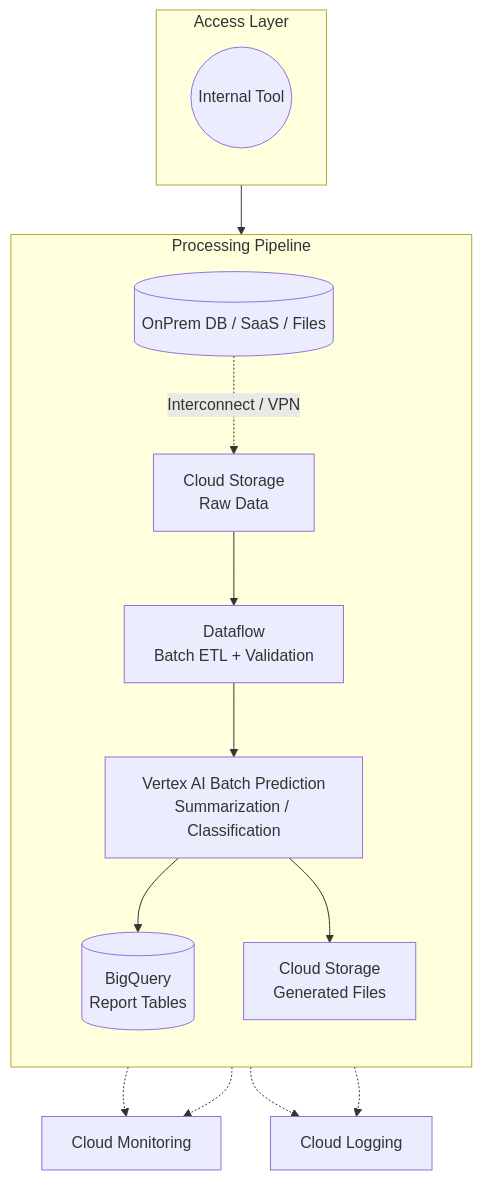
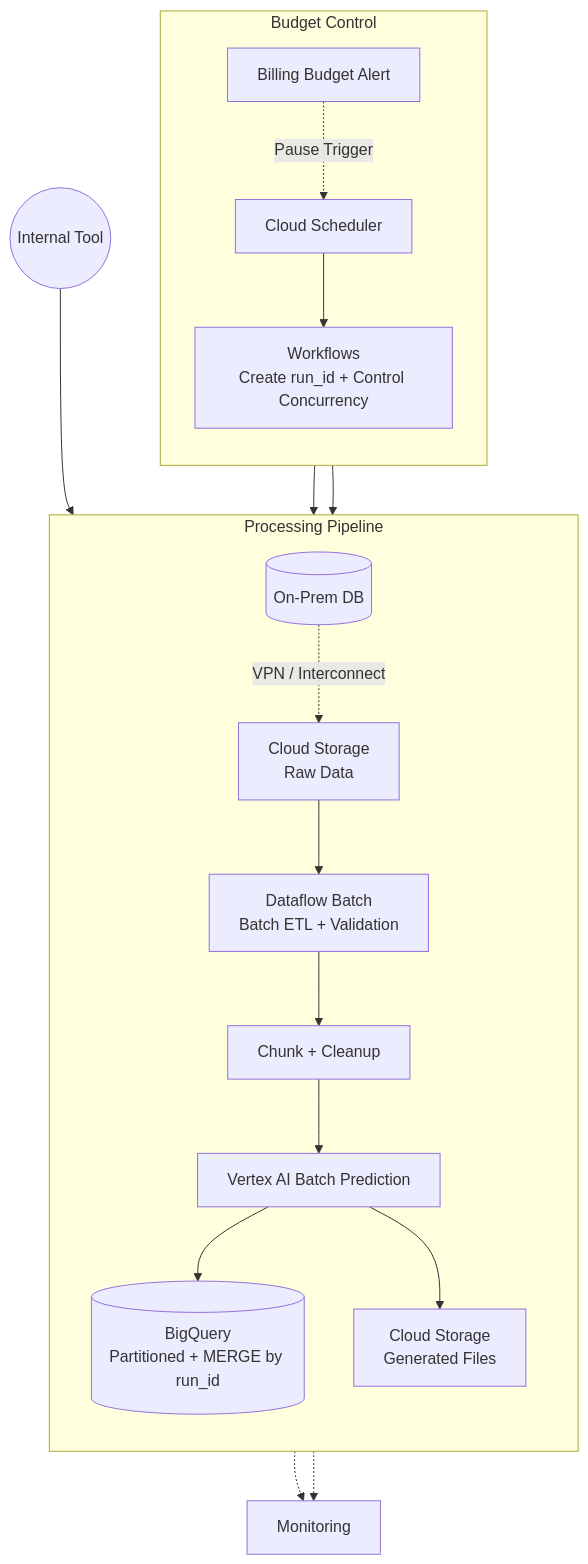
The third of 3 diagrams in rag-template.md (RUI-LONG/Awesome-FDE-Roadmap), drawn with Mermaid before and after one commit. The commit also changed other lines of this file, not shown here.

````diff
--- a/rag-template.md
+++ b/rag-template.md
@@ -141,41 +146,51 @@
 ```mermaid
 graph TB
 
 %% =========================
-%% ========== INDEX PIPELINE ==========
+%% ========== Budget Control ==========
+%% =========================
+subgraph "Budget Control"
+direction TB
+    Sched[Cloud Scheduler]
+    Orchestrator[Workflows<br/>Create run_id + Control Concurrency]
+    Budget[Billing Budget Alert]
+end
+
+Budget -.->|Pause Trigger| Sched
+Sched --> Orchestrator
+
+%% =========================
+%% ========== PROCESSING ==========
 %% =========================
 subgraph "Processing Pipeline"
 direction TB
 
-    Src[(OnPrem DB / SaaS / Files)]
-    Src -.->|Interconnect / VPN| GCS[Cloud Storage<br/>Raw Data]
+    Src[(On-Prem DB)]
+    Src -.->|VPN / Interconnect| GCSRaw[Cloud Storage<br/>Raw Data]
 
-    GCS --> Ingest[Dataflow<br/>Batch ETL + Validation]
+    GCSRaw --> Ingest[Dataflow Batch<br/>Batch ETL + Validation]
 
-    Ingest --> BatchLLM[Vertex AI Batch Prediction<br/>Summarization / Classification]
+    Ingest --> Prep[Chunk + Cleanup<br/>]
 
-    BatchLLM --> Report[(BigQuery<br/>Report Tables)]
+    Prep --> BatchLLM[Vertex AI Batch Prediction<br/>]
+
+    BatchLLM --> Report[(BigQuery<br/>Partitioned + MERGE by run_id)]
     BatchLLM --> Artifact[Cloud Storage<br/>Generated Files]
 
 end
 
+Orchestrator --> Ingest
+Orchestrator --> BatchLLM
+
 %% =========================
-%% ========== REPORT ACCESS PIPELINE ==========
+%% ========== ACCESS ==========
 %% =========================
-subgraph "Access Layer"
-direction TB
-
-    User((Internal Tool))
-    User --> Report
-
-end
+User((Internal Tool)) --> Report
 
 %% =========================
 %% ========== OBSERVABILITY ==========
 %% =========================
-Ingest -.-> Mon[Cloud Monitoring]
-Ingest -.-> Log[Cloud Logging]
+Ingest -.-> Mon[Monitoring]
+BatchLLM -.-> Mon
 
-BatchLLM -.-> Mon
-BatchLLM -.-> Log
 ```
````
